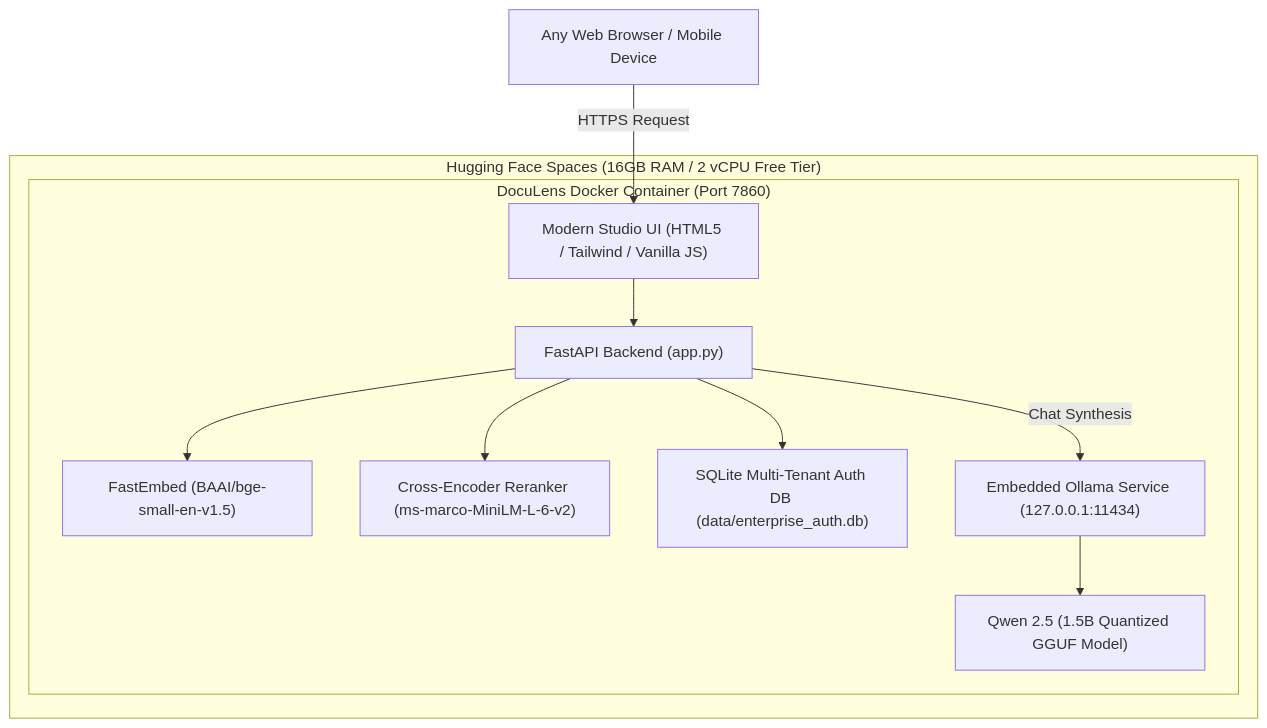
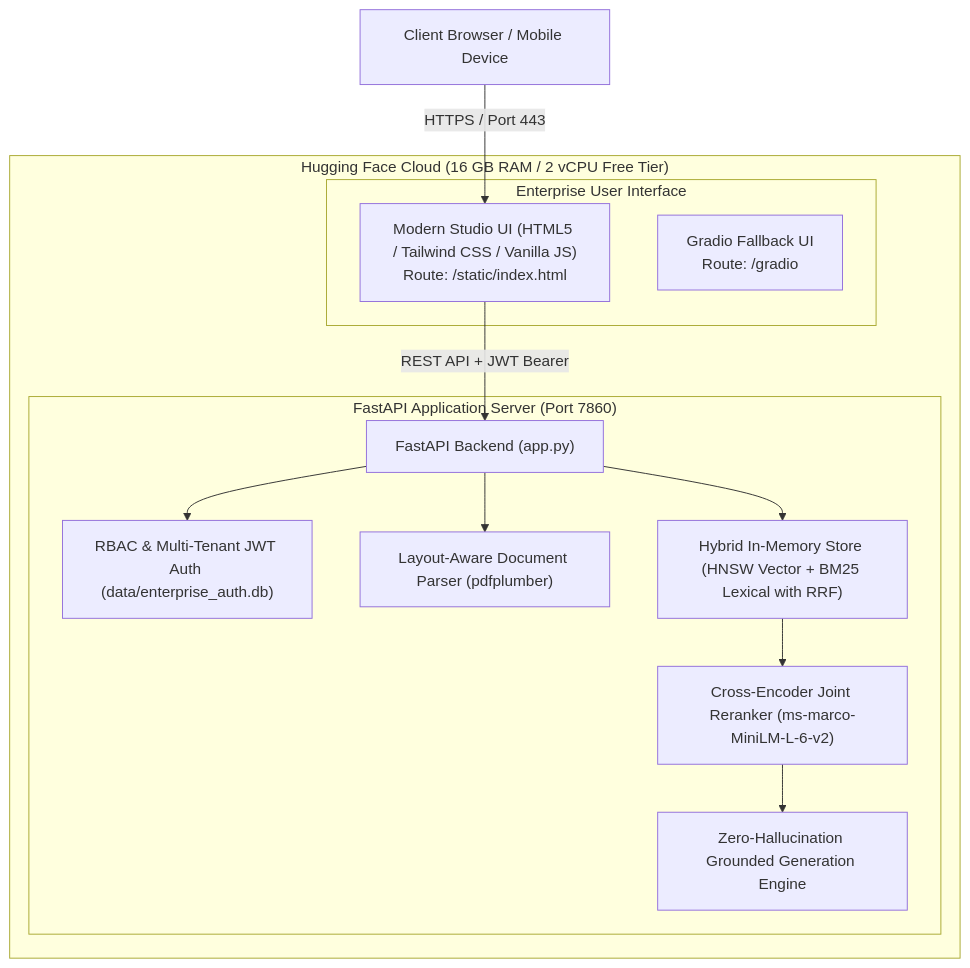
The diagram in DEPLOYMENT_GUIDE.md (SheikMohammed480/Doculens), drawn with Mermaid before and after one commit. The commit also changed other lines of this file and 1 other file, not shown here.

````diff
--- a/DEPLOYMENT_GUIDE.md
+++ b/DEPLOYMENT_GUIDE.md
@@ -19,20 +19,23 @@
 ```mermaid
 flowchart TD
-    subgraph Cloud["Hugging Face Spaces (16GB RAM / 2 vCPU Free Tier)"]
-        subgraph Container["DocuLens Docker Container (Port 7860)"]
-            UI["Modern Studio UI (HTML5 / Tailwind / Vanilla JS)"]
+    subgraph Cloud["Hugging Face Cloud (16 GB RAM / 2 vCPU Free Tier)"]
+        subgraph Frontend["Enterprise User Interface"]
+            ModernUI["Modern Studio UI (HTML5 / Tailwind CSS / Vanilla JS)<br/>Route: /static/index.html"]
+            GradioUI["Gradio Fallback UI<br/>Route: /gradio"]
+        end
+
+        subgraph Server["FastAPI Application Server (Port 7860)"]
             FastAPI["FastAPI Backend (app.py)"]
-            FastEmbed["FastEmbed (BAAI/bge-small-en-v1.5)"]
-            Reranker["Cross-Encoder Reranker (ms-marco-MiniLM-L-6-v2)"]
-            AuthDB["SQLite Multi-Tenant Auth DB (data/enterprise_auth.db)"]
-            Ollama["Embedded Ollama Service (127.0.0.1:11434)"]
-            LLM["Qwen 2.5 (1.5B Quantized GGUF Model)"]
+            Auth["RBAC & Multi-Tenant JWT Auth (data/enterprise_auth.db)"]
+            Parser["Layout-Aware Document Parser (pdfplumber)"]
+            Store["Hybrid In-Memory Store (HNSW Vector + BM25 Lexical with RRF)"]
+            Reranker["Cross-Encoder Joint Reranker (ms-marco-MiniLM-L-6-v2)"]
+            Synthesizer["Zero-Hallucination Grounded Generation Engine"]
         end
     end
 
-    User["Any Web Browser / Mobile Device"] -->|"HTTPS Request"| UI
-    UI --> FastAPI
-    FastAPI --> FastEmbed & Reranker & AuthDB
-    FastAPI -->|"Chat Synthesis"| Ollama
-    Ollama --> LLM
+    User["Client Browser / Mobile Device"] -->|"HTTPS / Port 443"| ModernUI
+    ModernUI -->|"REST API + JWT Bearer"| FastAPI
+    FastAPI --> Auth & Parser & Store
+    Store --> Reranker --> Synthesizer
 ```
````
